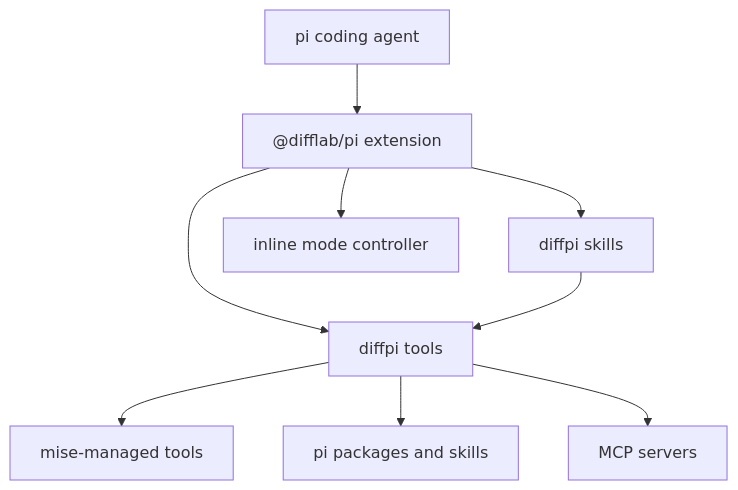
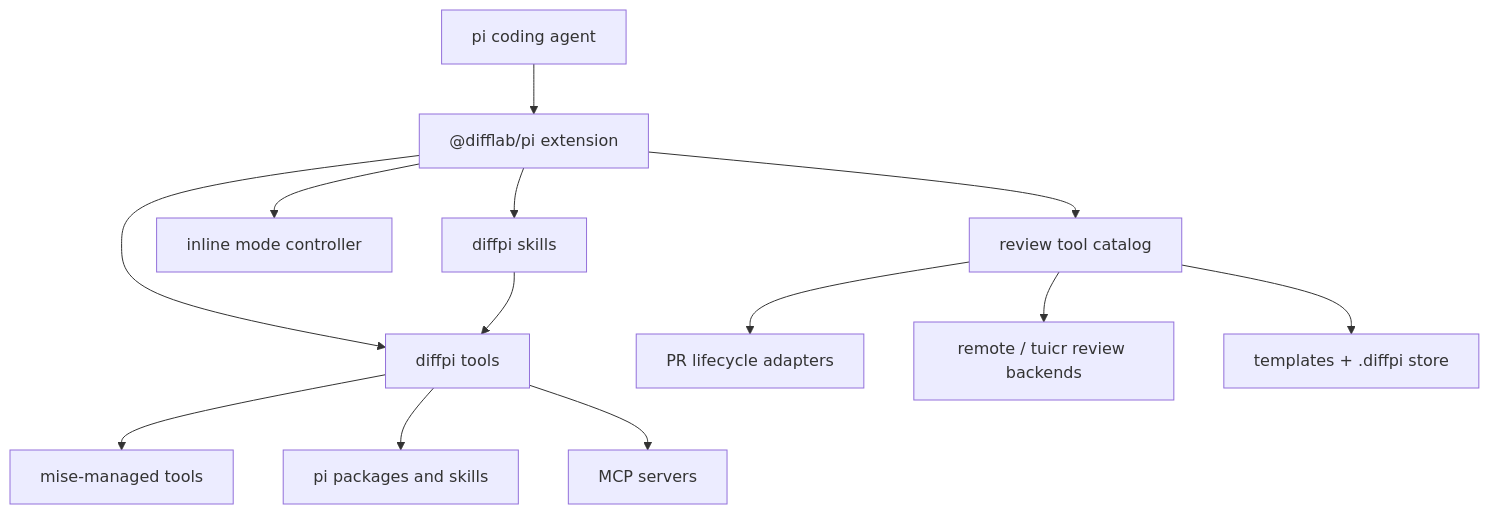
Before and after one commit to difflab-io/diffpi: the diagram in docs/architecture/index.md, drawn with Mermaid. The commit also changed other lines of this file and 91 other files, not shown here.

First line of the commit message:
feat(review): add forge and local review workflows (#3)

````diff
--- a/docs/architecture/index.md
+++ b/docs/architecture/index.md
@@ -28,11 +30,15 @@
 ```mermaid
 graph TD
     Pi["pi coding agent"] --> Extension["@difflab/pi extension"]
     Extension --> Tools["diffpi tools"]
     Extension --> Skills["diffpi skills"]
     Extension --> Modes["inline mode controller"]
+    Extension --> Review["review tool catalog"]
     Skills --> Tools
+    Review --> Forge["PR lifecycle adapters"]
+    Review --> Backends["remote / tuicr review backends"]
+    Review --> Store["templates + .diffpi store"]
     Tools --> Mise["mise-managed tools"]
     Tools --> Packages["pi packages and skills"]
     Tools --> MCP["MCP servers"]
 ```
````
